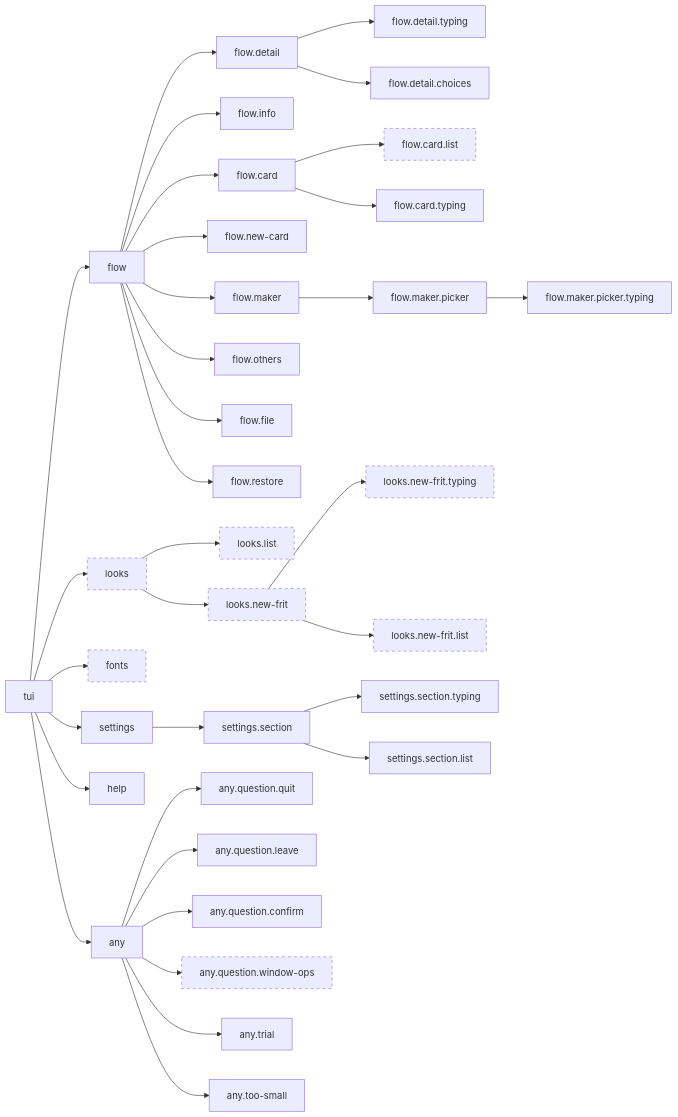
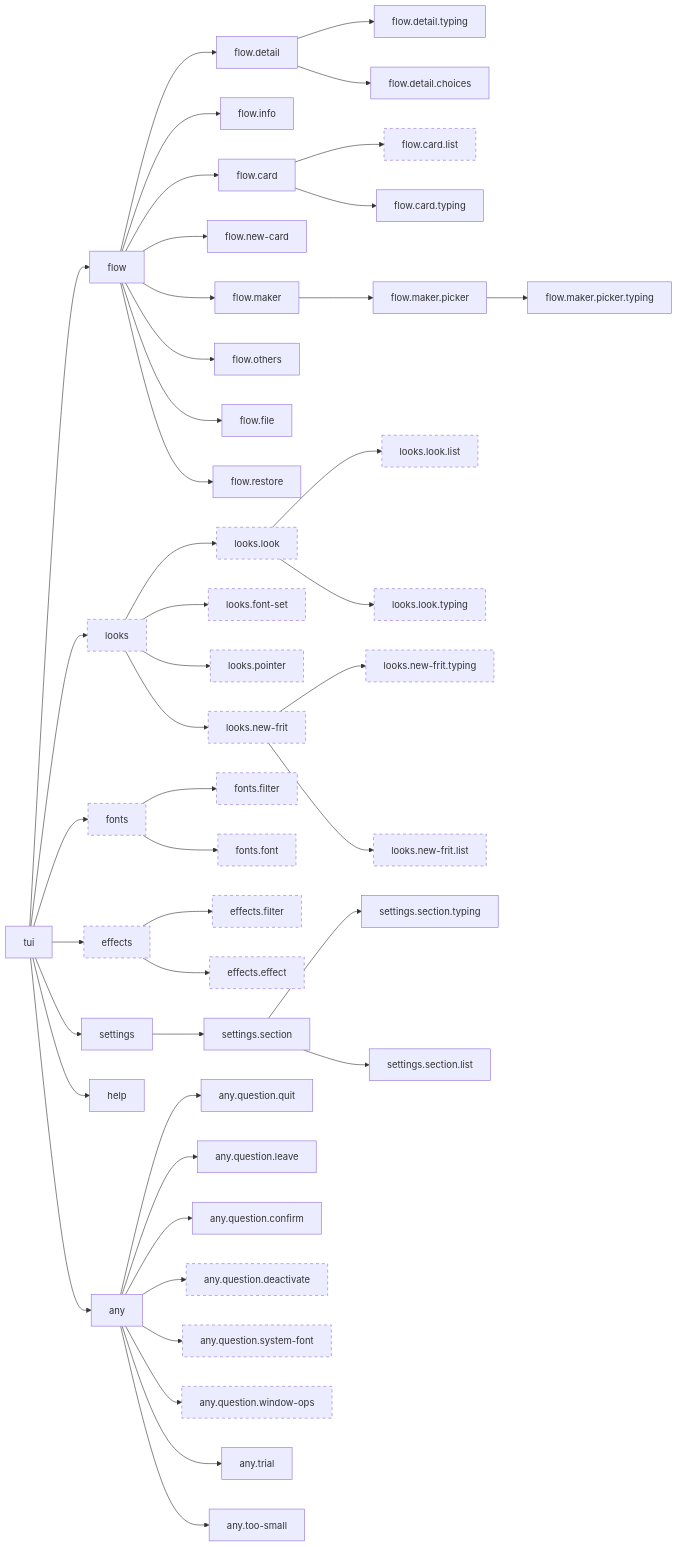
Before and after one commit to vtium/vtium: the diagram in docs/reference/vtium-config-keys.md, drawn with Mermaid. The commit also changed other lines of this file and 1 other file, not shown here.

````diff
--- a/docs/reference/vtium-config-keys.md
+++ b/docs/reference/vtium-config-keys.md
@@ -25,11 +25,20 @@
     flow_file["flow.file"]
     flow_restore["flow.restore"]
     looks["looks"]
-    looks_list["looks.list"]
+    looks_look["looks.look"]
+    looks_look_list["looks.look.list"]
+    looks_look_typing["looks.look.typing"]
+    looks_font_set["looks.font-set"]
+    looks_pointer["looks.pointer"]
     looks_new_frit["looks.new-frit"]
     looks_new_frit_typing["looks.new-frit.typing"]
     looks_new_frit_list["looks.new-frit.list"]
     fonts["fonts"]
+    fonts_filter["fonts.filter"]
+    fonts_font["fonts.font"]
+    effects["effects"]
+    effects_filter["effects.filter"]
+    effects_effect["effects.effect"]
     settings["settings"]
     settings_section["settings.section"]
     settings_section_typing["settings.section.typing"]
@@ -39,6 +48,8 @@
     any_question_quit["any.question.quit"]
     any_question_leave["any.question.leave"]
     any_question_confirm["any.question.confirm"]
+    any_question_deactivate["any.question.deactivate"]
+    any_question_system_font["any.question.system-font"]
     any_question_window_ops["any.question.window-ops"]
     any_trial["any.trial"]
     any_too_small["any.too-small"]
@@ -58,11 +69,20 @@
     flow --> flow_file
     flow --> flow_restore
     tui --> looks
-    looks --> looks_list
+    looks --> looks_look
+    looks_look --> looks_look_list
+    looks_look --> looks_look_typing
+    looks --> looks_font_set
+    looks --> looks_pointer
     looks --> looks_new_frit
     looks_new_frit --> looks_new_frit_typing
     looks_new_frit --> looks_new_frit_list
     tui --> fonts
+    fonts --> fonts_filter
+    fonts --> fonts_font
+    tui --> effects
+    effects --> effects_filter
+    effects --> effects_effect
     tui --> settings
     settings --> settings_section
     settings_section --> settings_section_typing
@@ -72,9 +92,11 @@
     any --> any_question_quit
     any --> any_question_leave
     any --> any_question_confirm
+    any --> any_question_deactivate
+    any --> any_question_system_font
     any --> any_question_window_ops
     any --> any_trial
     any --> any_too_small
     classDef planned stroke-dasharray: 5 5
-    class flow_card_list,looks,looks_list,looks_new_frit,looks_new_frit_typing,looks_new_frit_list,fonts,any_question_window_ops planned
+    class flow_card_list,looks,looks_look,looks_look_list,looks_look_typing,looks_font_set,looks_pointer,looks_new_frit,looks_new_frit_typing,looks_new_frit_list,fonts,fonts_filter,fonts_font,effects,effects_filter,effects_effect,any_question_deactivate,any_question_system_font,any_question_window_ops planned
 ```
````
